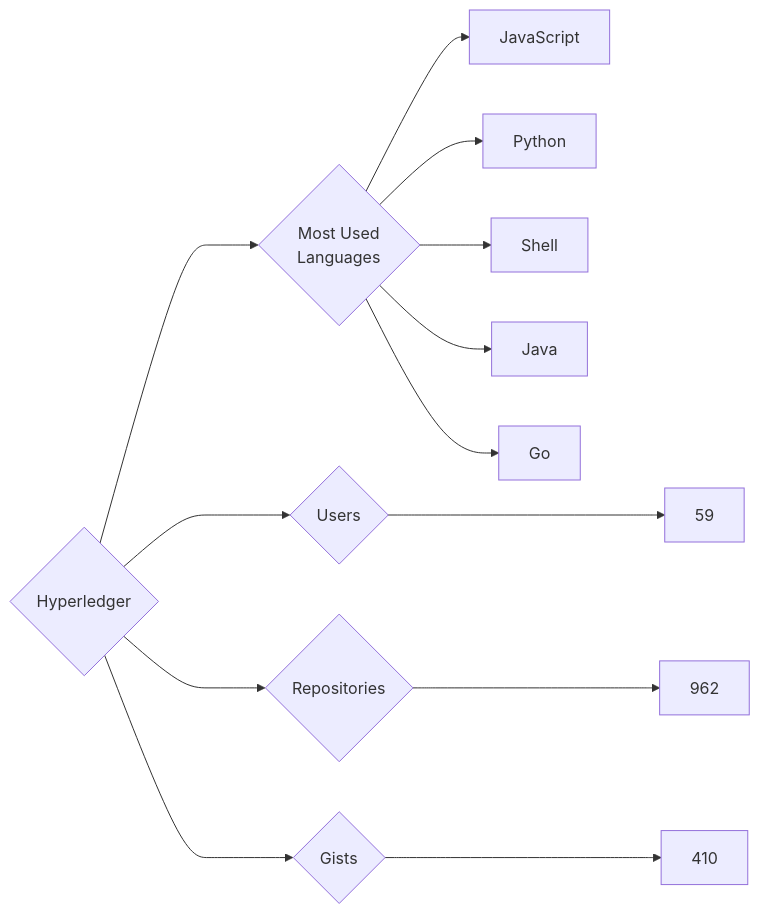
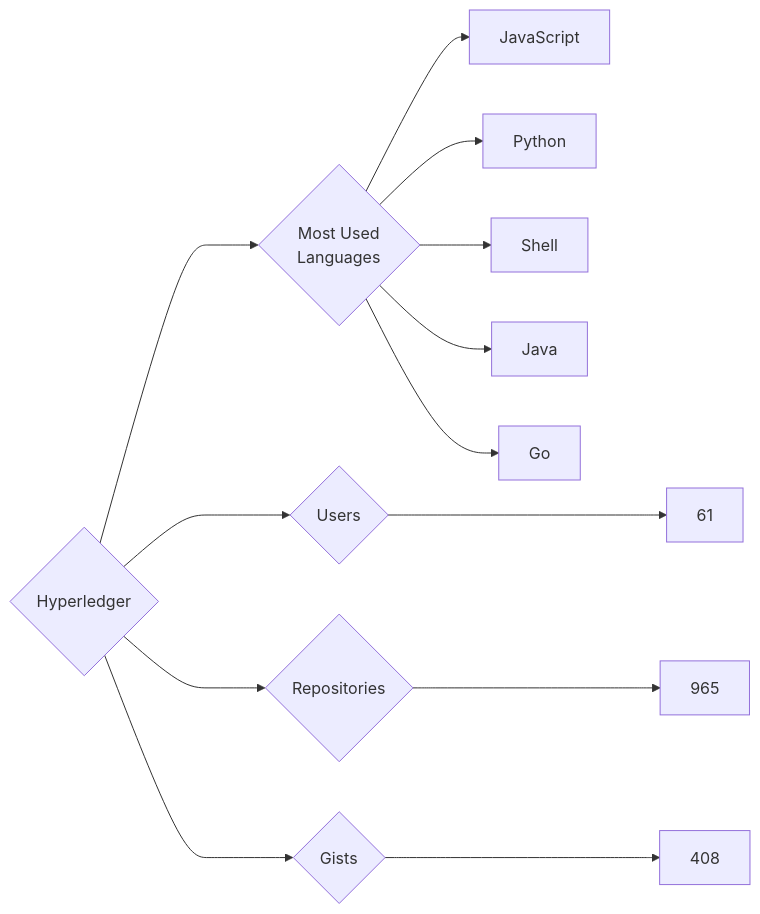
Before and after one commit to trickest/insiders: the diagram in targets/Hyperledger/README.md, drawn with Mermaid. The commit also changed 823 other files, not shown here.

````diff
--- a/targets/Hyperledger/README.md
+++ b/targets/Hyperledger/README.md
@@ -3,13 +3,13 @@
 ```mermaid
 graph LR
 COMPANY_NAME{Hyperledger}
-COMPANY_NAME ---> U{Users} ---> UN[59]
-COMPANY_NAME ---> R{Repositories} ---> RN[962]
-COMPANY_NAME ---> G{Gists} ---> GN[410]
+COMPANY_NAME ---> U{Users} ---> UN[61]
+COMPANY_NAME ---> R{Repositories} ---> RN[965]
+COMPANY_NAME ---> G{Gists} ---> GN[408]
 COMPANY_NAME ---> ML{Most Used<br>Languages}
 ML --> JavaScript[JavaScript]
 ML --> Python[Python]
 ML --> Shell[Shell]
 ML --> Java[Java]
 ML --> Go[Go]
 ```
````
